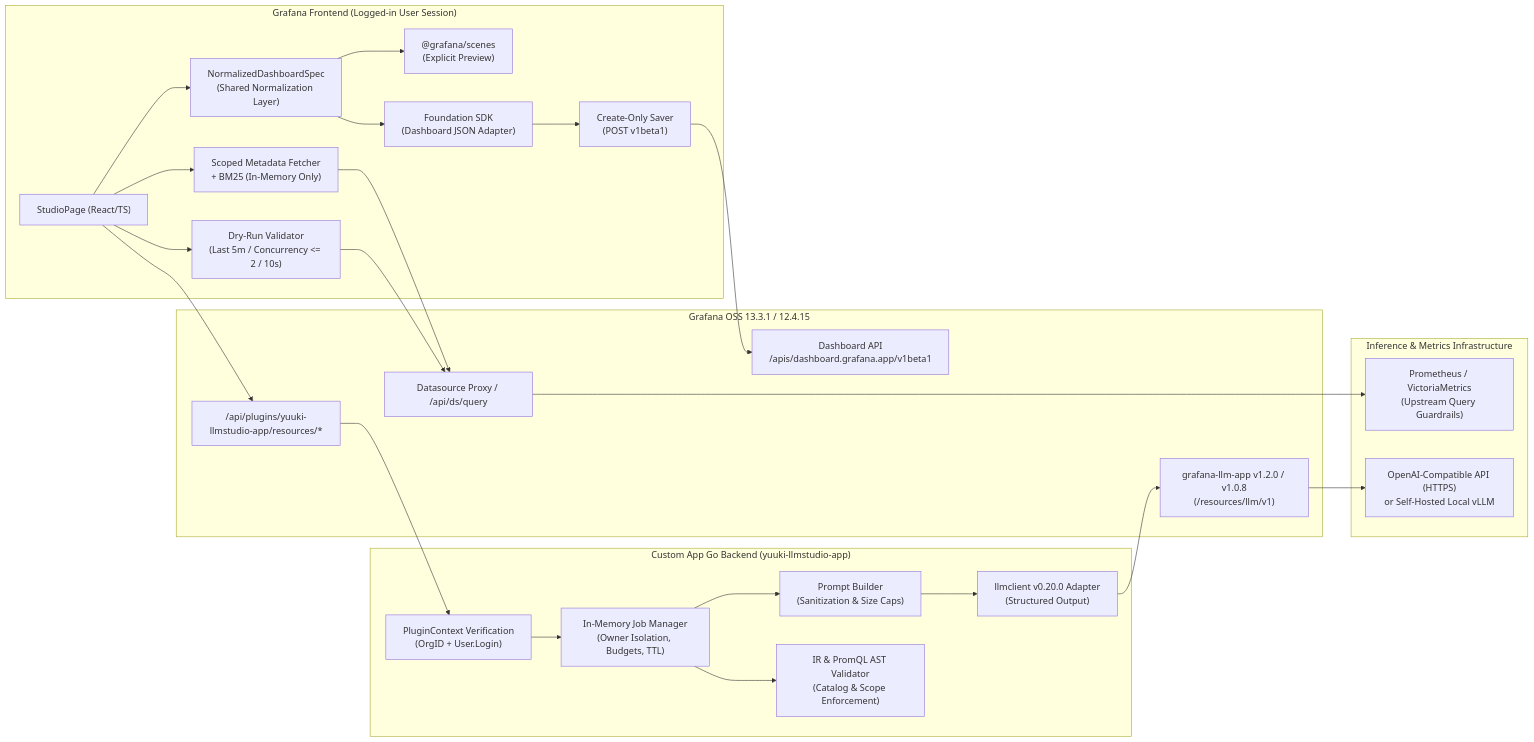
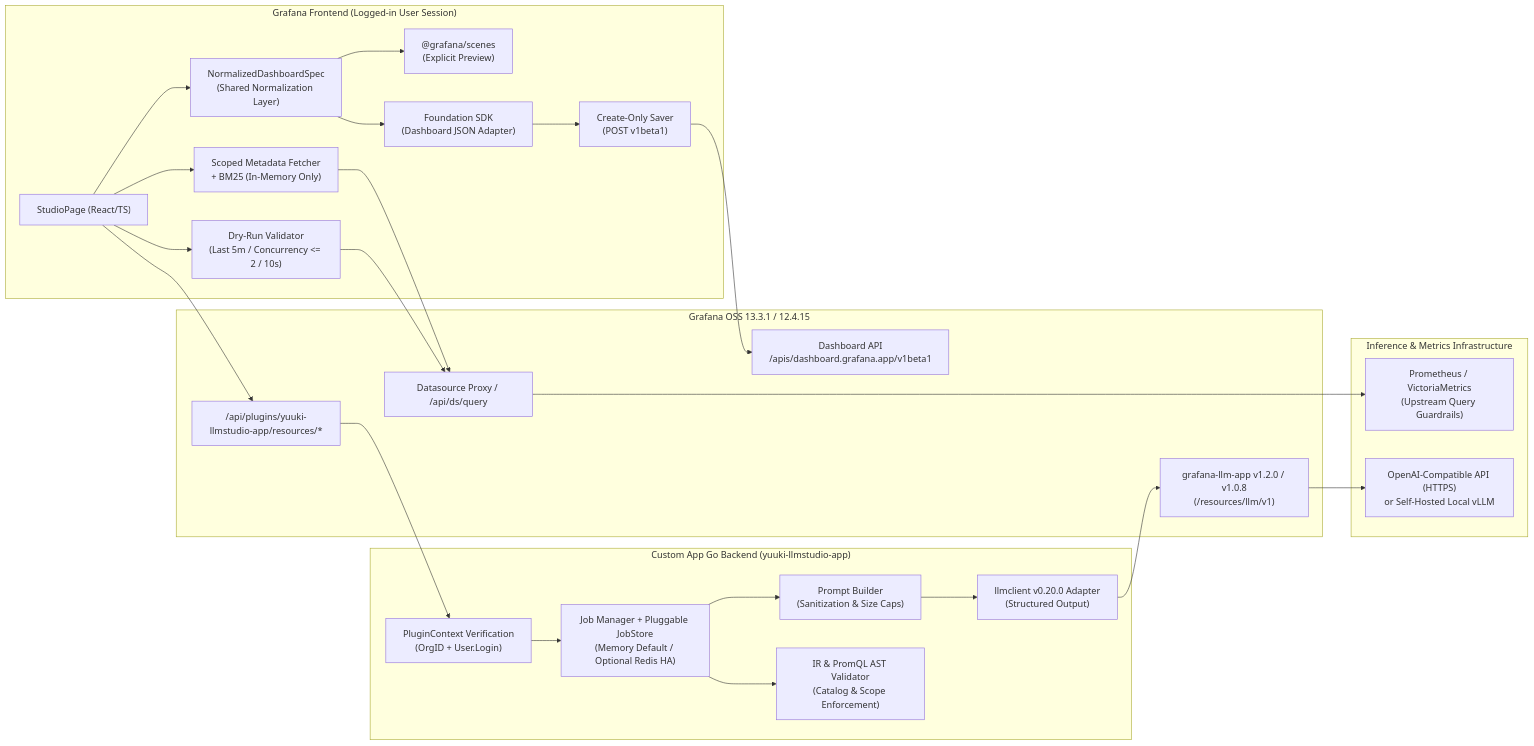
Before and after one commit to yuuki/grafana-llm-studio-app: the first of 2 diagrams in docs/architecture.md, drawn with Mermaid. The commit also changed other lines of this file and 18 other files, not shown here.

First line of the commit message:
feat(jobs): support persistent multi-replica JobStore with optional HA Redis backend (#15)

````diff
--- a/docs/architecture.md
+++ b/docs/architecture.md
@@ -5,41 +5,41 @@
 ```mermaid
 flowchart LR
   subgraph Browser["Grafana Frontend (Logged-in User Session)"]
     UI["StudioPage (React/TS)"]
     Meta["Scoped Metadata Fetcher\n+ BM25 (In-Memory Only)"]
     Val["Dry-Run Validator\n(Last 5m / Concurrency <= 2 / 10s)"]
     Norm["NormalizedDashboardSpec\n(Shared Normalization Layer)"]
     Scenes["@grafana/scenes\n(Explicit Preview)"]
     Found["Foundation SDK\n(Dashboard JSON Adapter)"]
     Saver["Create-Only Saver\n(POST v1beta1)"]
   end
 
   subgraph Grafana["Grafana OSS 13.3.1 / 12.4.15"]
     AppAPI["/api/plugins/yuuki-llmstudio-app/resources/*"]
     LLMApp["grafana-llm-app v1.2.0 / v1.0.8\n(/resources/llm/v1)"]
     DSProxy["Datasource Proxy / /api/ds/query"]
     DashAPI["Dashboard API\n/apis/dashboard.grafana.app/v1beta1"]
   end
 
   subgraph Backend["Custom App Go Backend (yuuki-llmstudio-app)"]
     Auth["PluginContext Verification\n(OrgID + User.Login)"]
-    Jobs["In-Memory Job Manager\n(Owner Isolation, Budgets, TTL)"]
+    Jobs["Job Manager + Pluggable JobStore\n(Memory Default / Optional Redis HA)"]
     Prompt["Prompt Builder\n(Sanitization & Size Caps)"]
     IRVal["IR & PromQL AST Validator\n(Catalog & Scope Enforcement)"]
     LLMCli["llmclient v0.20.0 Adapter\n(Structured Output)"]
   end
 
   subgraph Infra["Inference & Metrics Infrastructure"]
     Prom["Prometheus / VictoriaMetrics\n(Upstream Query Guardrails)"]
     VLLM["OpenAI-Compatible API (HTTPS)\nor Self-Hosted Local vLLM"]
   end
 
   UI --> Meta --> DSProxy --> Prom
   UI --> AppAPI --> Auth --> Jobs
   Jobs --> Prompt --> LLMCli --> LLMApp --> VLLM
   Jobs --> IRVal
   UI --> Val --> DSProxy
   UI --> Norm
   Norm --> Scenes
   Norm --> Found --> Saver --> DashAPI
 ```
````
